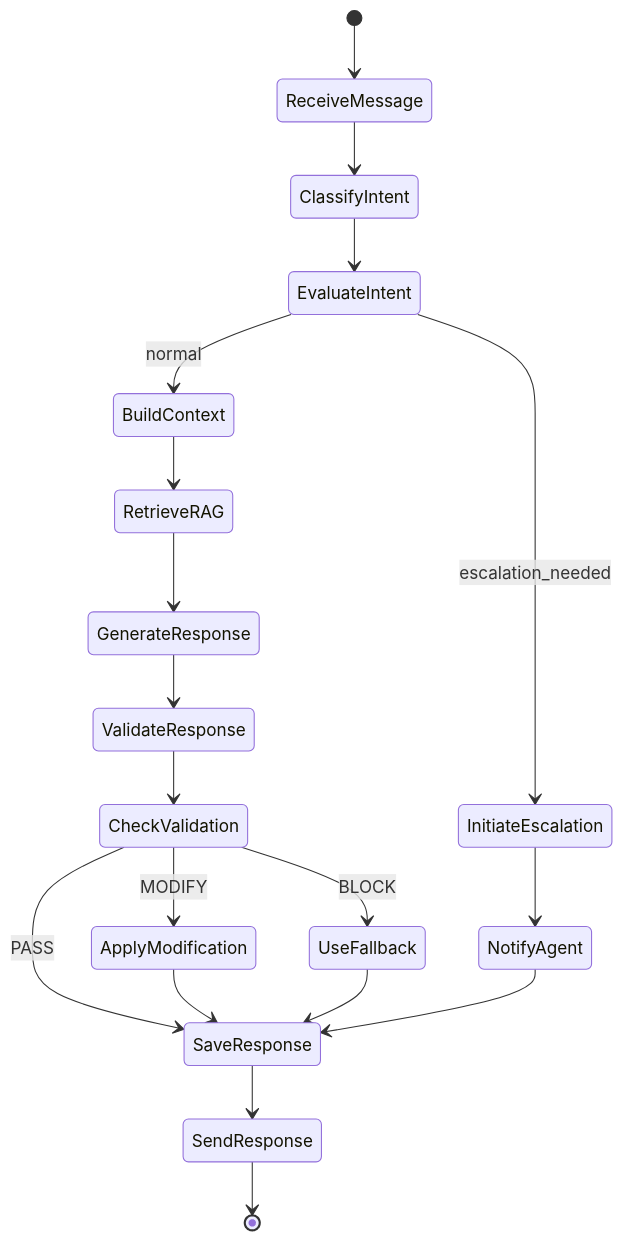
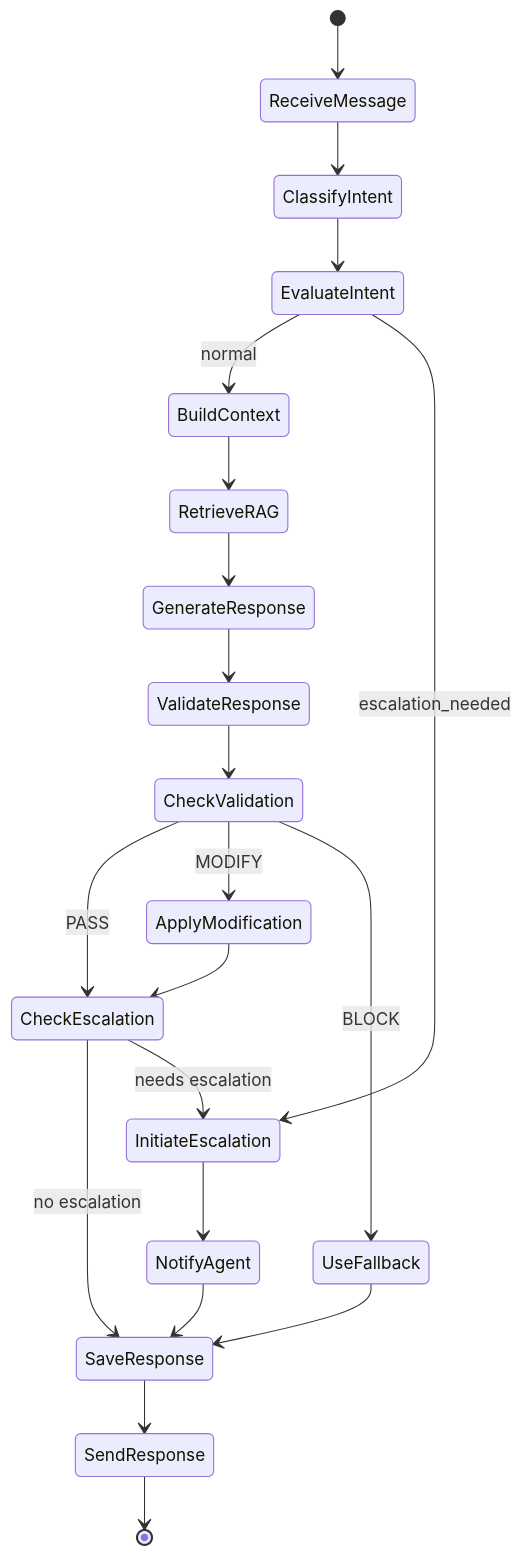
Diagram 17 of 27 in docs/architecture/data-flow.md (jujubear24/ai-customer-service-bot), drawn with Mermaid before and after one commit. The commit also changed other lines of this file and 3 other files, not shown here.

````diff
--- a/docs/architecture/data-flow.md
+++ b/docs/architecture/data-flow.md
@@ -810,28 +1070,32 @@
 ```mermaid
 stateDiagram-v2
     [*] --> ReceiveMessage
 
     ReceiveMessage --> ClassifyIntent
     ClassifyIntent --> EvaluateIntent
 
     EvaluateIntent --> BuildContext: normal
     EvaluateIntent --> InitiateEscalation: escalation_needed
 
     BuildContext --> RetrieveRAG
     RetrieveRAG --> GenerateResponse
     GenerateResponse --> ValidateResponse
 
     ValidateResponse --> CheckValidation
-    CheckValidation --> SaveResponse: PASS
+    CheckValidation --> CheckEscalation: PASS
     CheckValidation --> ApplyModification: MODIFY
     CheckValidation --> UseFallback: BLOCK
 
-    ApplyModification --> SaveResponse
+    ApplyModification --> CheckEscalation
+
+    CheckEscalation --> SaveResponse: no escalation
+    CheckEscalation --> InitiateEscalation: needs escalation
+
     UseFallback --> SaveResponse
 
     InitiateEscalation --> NotifyAgent
     NotifyAgent --> SaveResponse
 
     SaveResponse --> SendResponse
     SendResponse --> [*]
 ```
````
